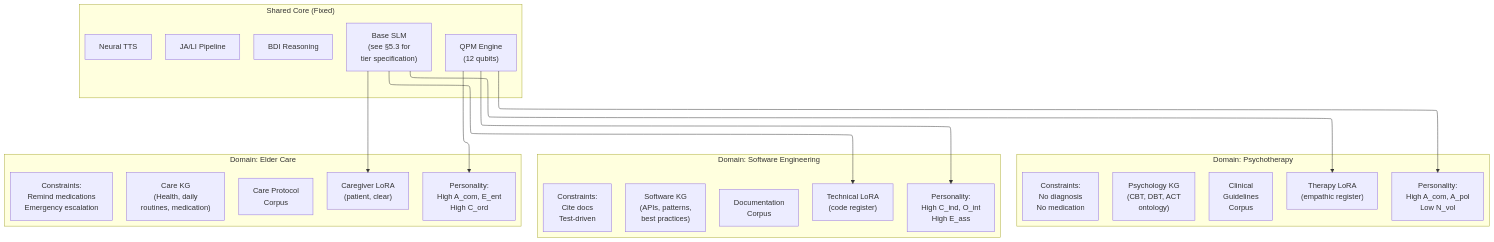
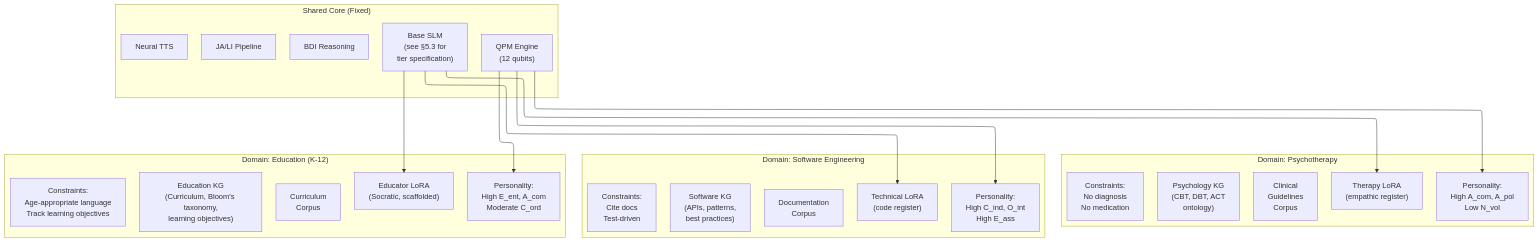
Diagram 15 of 18 in Centaurian_Hybrid_Architecture_v3.md (JustForCodin/Centaurian_Architecture_Implementation), drawn with Mermaid before and after one commit. The commit also changed other lines of this file, not shown here.

````diff
--- a/Centaurian_Hybrid_Architecture_v3.md
+++ b/Centaurian_Hybrid_Architecture_v3.md
@@ -1808,38 +1811,38 @@
 ```mermaid
 %%{init: {"flowchart": {"defaultRenderer": "elk"}} }%%
 graph TD
     subgraph "Shared Core (Fixed)"
         QPM_CORE["QPM Engine<br/>(12 qubits)"]
         BDI_CORE["BDI Reasoning"]
         JALI_CORE["JA/LI Pipeline"]
         TTS_CORE["Neural TTS"]
         SLM_BASE["Base SLM<br/>(see §5.3 for<br/>tier specification)"]
     end
     subgraph "Domain: Psychotherapy"
         KG_PSY["Psychology KG<br/>(CBT, DBT, ACT<br/>ontology)"]
         LORA_PSY["Therapy LoRA<br/>(empathic register)"]
         VEC_PSY["Clinical<br/>Guidelines<br/>Corpus"]
         CONST_PSY["Constraints:<br/>No diagnosis<br/>No medication"]
         PERS_PSY["Personality:<br/>High A_com, A_pol<br/>Low N_vol"]
     end
     subgraph "Domain: Software Engineering"
         KG_SWE["Software KG<br/>(APIs, patterns,<br/>best practices)"]
         LORA_SWE["Technical LoRA<br/>(code register)"]
         VEC_SWE["Documentation<br/>Corpus"]
         CONST_SWE["Constraints:<br/>Cite docs<br/>Test-driven"]
         PERS_SWE["Personality:<br/>High C_ind, O_int<br/>High E_ass"]
     end
-    subgraph "Domain: Elder Care"
-        KG_ELDER["Care KG<br/>(Health, daily<br/>routines, medication)"]
-        LORA_ELDER["Caregiver LoRA<br/>(patient, clear)"]
-        VEC_ELDER["Care Protocol<br/>Corpus"]
-        CONST_ELDER["Constraints:<br/>Remind medications<br/>Emergency escalation"]
-        PERS_ELDER["Personality:<br/>High A_com, E_ent<br/>High C_ord"]
+    subgraph "Domain: Education (K-12)"
+        KG_EDU["Education KG<br/>(Curriculum, Bloom's taxonomy,<br/>learning objectives)"]
+        LORA_EDU["Educator LoRA<br/>(Socratic, scaffolded)"]
+        VEC_EDU["Curriculum<br/>Corpus"]
+        CONST_EDU["Constraints:<br/>Age-appropriate language<br/>Track learning objectives"]
+        PERS_EDU["Personality:<br/>High E_ent, A_com<br/>Moderate C_ord"]
     end
     SLM_BASE --> LORA_PSY
     SLM_BASE --> LORA_SWE
-    SLM_BASE --> LORA_ELDER
+    SLM_BASE --> LORA_EDU
     QPM_CORE --> PERS_PSY
     QPM_CORE --> PERS_SWE
-    QPM_CORE --> PERS_ELDER
+    QPM_CORE --> PERS_EDU
 ```
````
